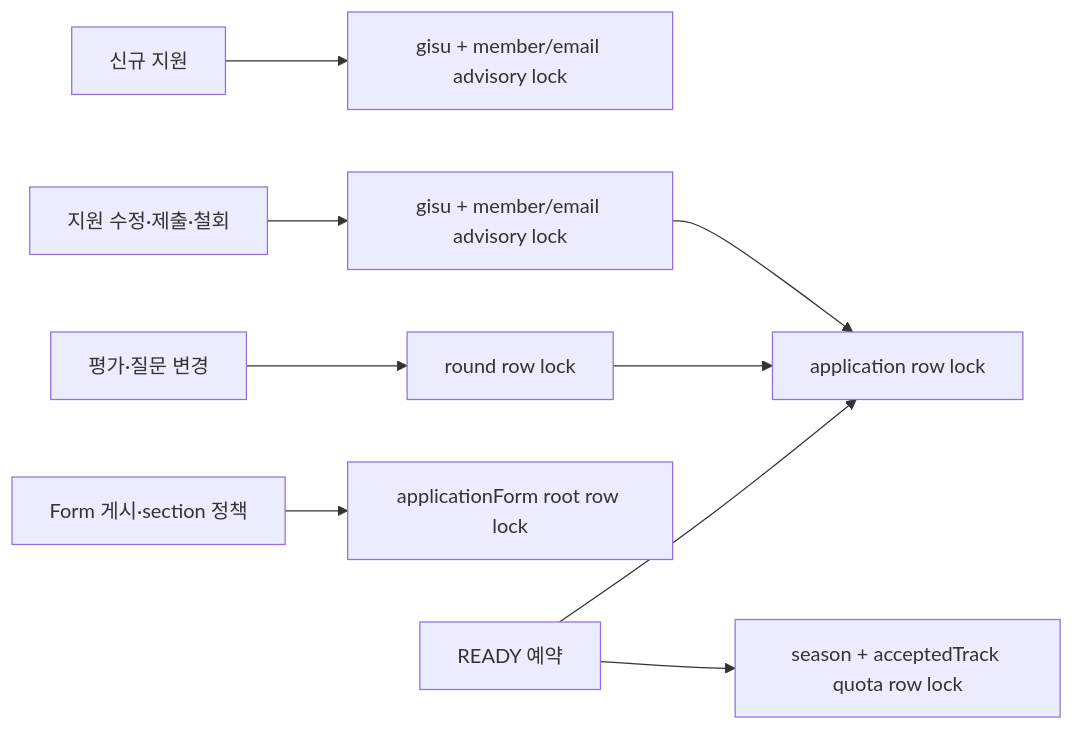
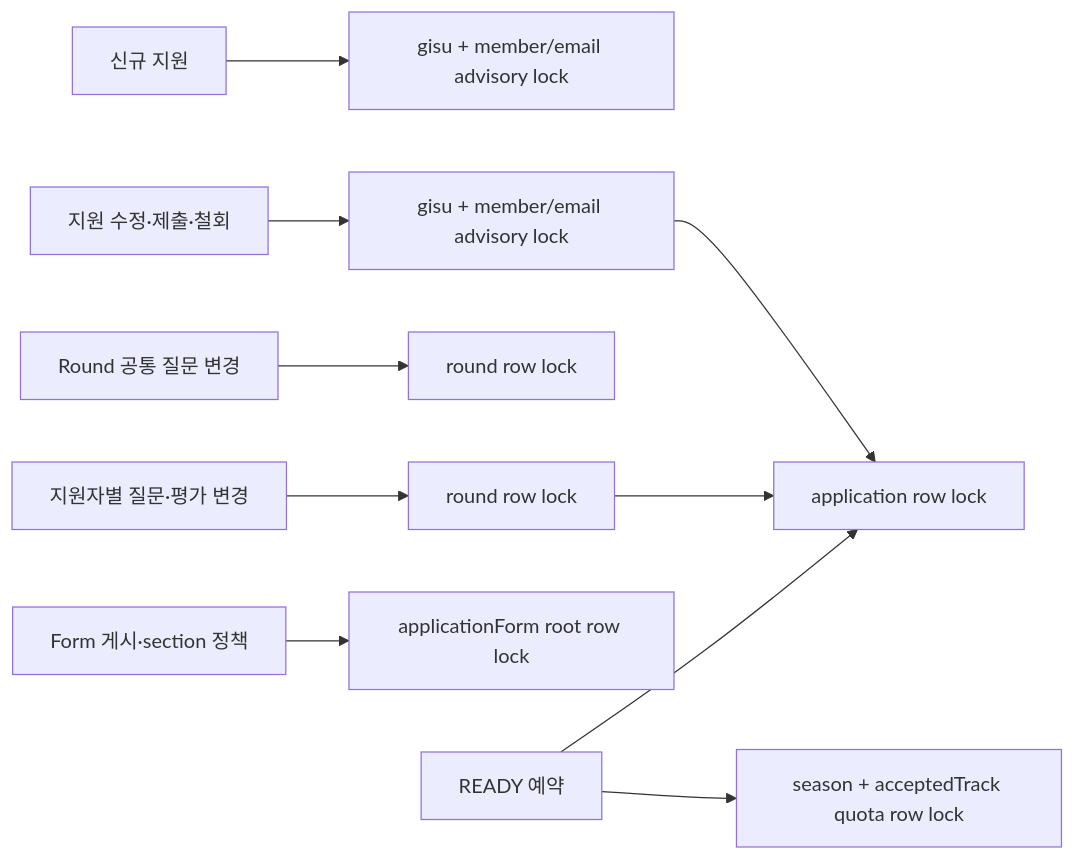
One commit to UMC-PRODUCT/cygnus-server changed the tenth of 10 diagrams in docs/onboarding/domain/recruiting-diagrams.md. Above: the diagram before and after it, drawn with Mermaid. The commit also changed other lines of this file and 48 other files, not shown here.

````diff
--- a/docs/onboarding/domain/recruiting-diagrams.md
+++ b/docs/onboarding/domain/recruiting-diagrams.md
@@ -360,11 +359,12 @@
 ```mermaid
 flowchart LR
     New["신규 지원"] --> NewApplicantLock["gisu + member/email advisory lock"]
     Existing["지원 수정·제출·철회"] --> ExistingApplicantLock["gisu + member/email advisory lock"]
     ExistingApplicantLock --> ApplicationLock["application row lock"]
-    Evaluation["평가·질문 변경"] --> RoundLock["round row lock"]
-    RoundLock --> ApplicationLock
+    RoundQuestion["Round 공통 질문 변경"] --> RoundOnlyLock["round row lock"]
+    ApplicationMutation["지원자별 질문·평가 변경"] --> RoundApplicationLock["round row lock"]
+    RoundApplicationLock --> ApplicationLock
     FormPolicy["Form 게시·section 정책"] --> FormLock["applicationForm root row lock"]
     Registration["READY 예약"] --> ApplicationLock
     Registration --> QuotaLock["season + acceptedTrack quota row lock"]
 ```
````
